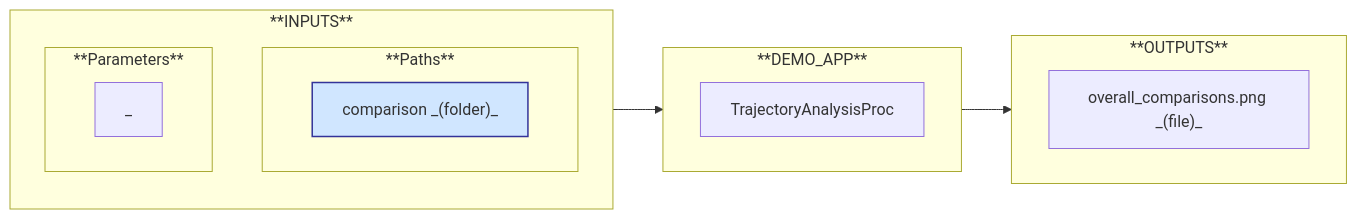
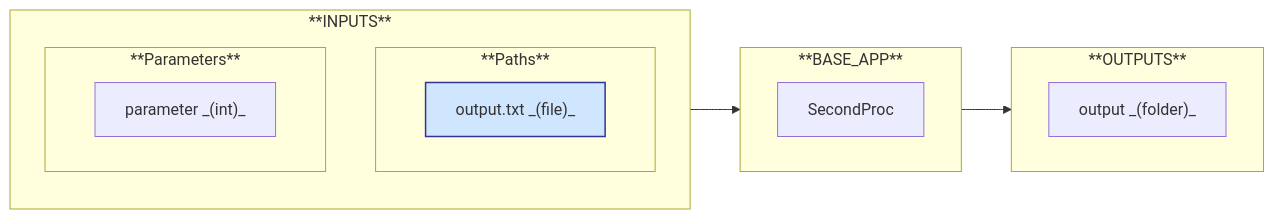
One commit to nuremics/nuremics-labs changed the sixth of 6 diagrams in src/labs/apps/general/BASE_APP/README.md. Above: the diagram before and after it, drawn with Mermaid. The commit also changed other lines of this file and 2 other files, not shown here.

Commit message:
update BASE_APP README

````diff
--- a/src/labs/apps/general/BASE_APP/README.md
+++ b/src/labs/apps/general/BASE_APP/README.md
@@ -225,32 +132,32 @@
 ```mermaid
 flowchart LR
   subgraph **INPUTS**
     direction TB
 
     subgraph **Paths**
       direction LR
-      out3["comparison _(folder)_"]
+      out1["output.txt _(file)_"]
     end
 
     subgraph **Parameters**
       direction LR
-      param["_"]
+      param1["parameter _(int)_"]
     end
   end
 
-  subgraph **DEMO_APP**
+  subgraph **BASE_APP**
     direction RL
-    proc3["TrajectoryAnalysisProc"]
+    proc2["SecondProc"]
   end
 
   subgraph **OUTPUTS**
     direction RL
-    out4["overall_comparisons.png _(file)_"]
+    out2["output _(folder)_"]
   end
 
-  **INPUTS** --> proc3
-  proc3 --> **OUTPUTS**
+  **INPUTS** --> proc2
+  proc2 --> **OUTPUTS**
 
   classDef blueBox fill:#d0e6ff,stroke:#339,stroke-width:1.5px;
-  class out3 blueBox;
+  class out1 blueBox;
 ```
````
